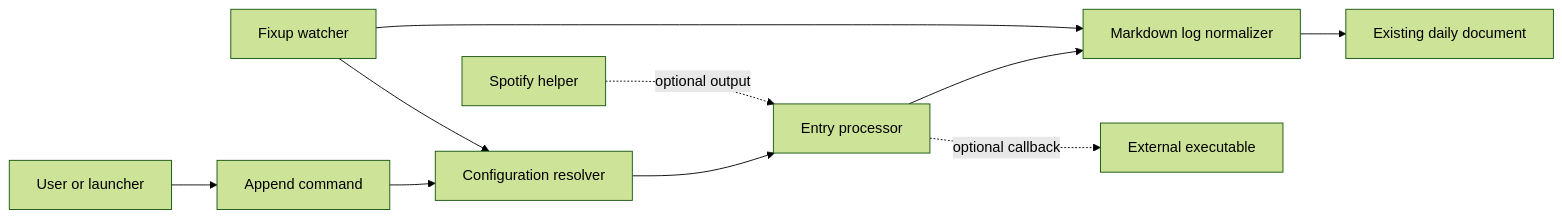
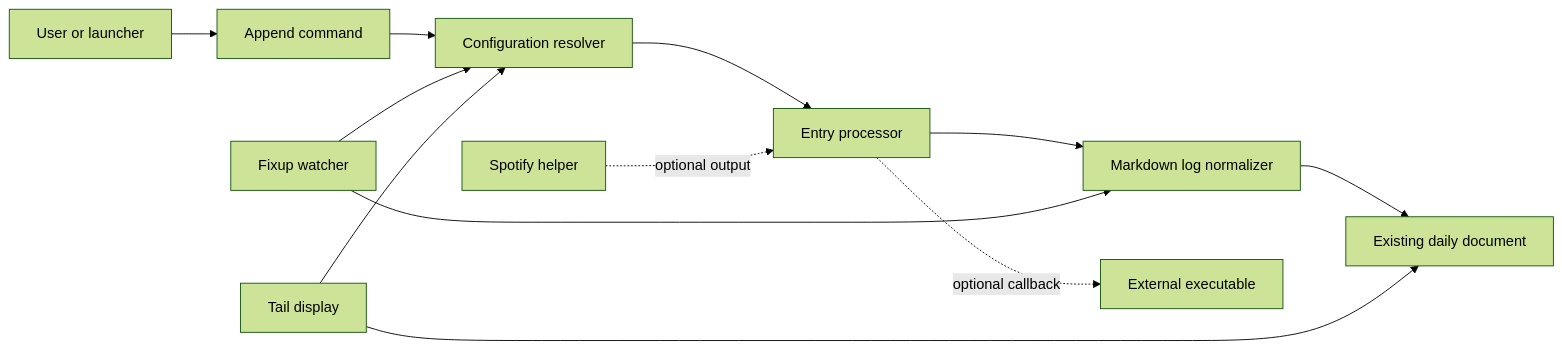
One commit to ErebusBat/dlog-ts changed the diagram in docs/specification.md. Above: the diagram before and after it, drawn with Mermaid (forest theme). The commit also changed other lines of this file and 9 other files, not shown here.

First line of the commit message:
Add read-only tail display command

````diff
--- a/docs/specification.md
+++ b/docs/specification.md
@@ -44,12 +45,14 @@
 ```mermaid
 flowchart LR
   U[User or launcher] --> C[Append command]
   C --> R[Configuration resolver]
   R --> P[Entry processor]
   P --> M[Markdown log normalizer]
   M --> D[Existing daily document]
   F[Fixup watcher] --> R
   F --> M
+  T[Tail display] --> R
+  T --> D
   P -. optional callback .-> X[External executable]
   S[Spotify helper] -. optional output .-> P
 ```
````
